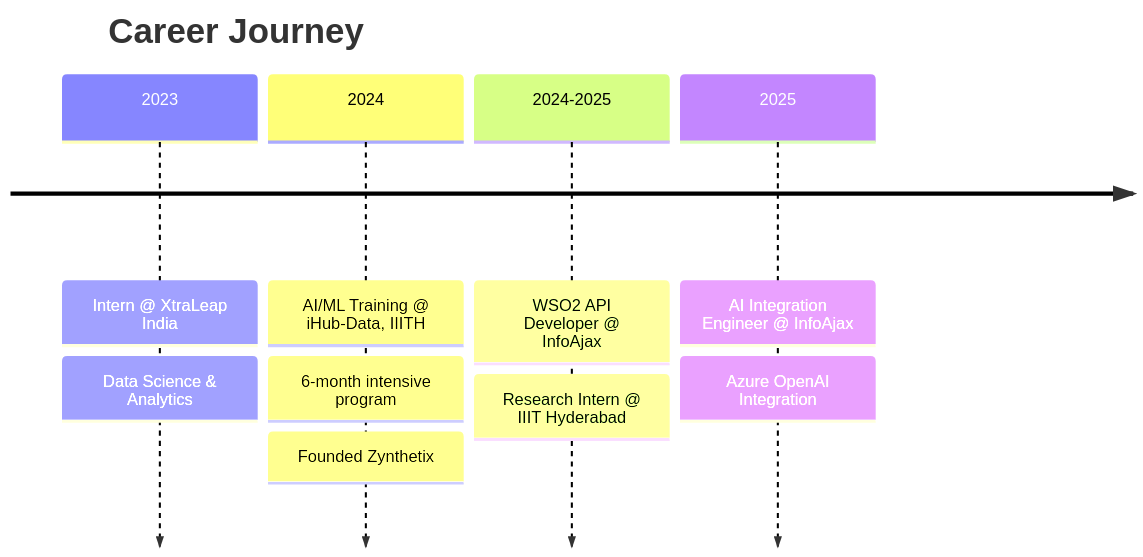
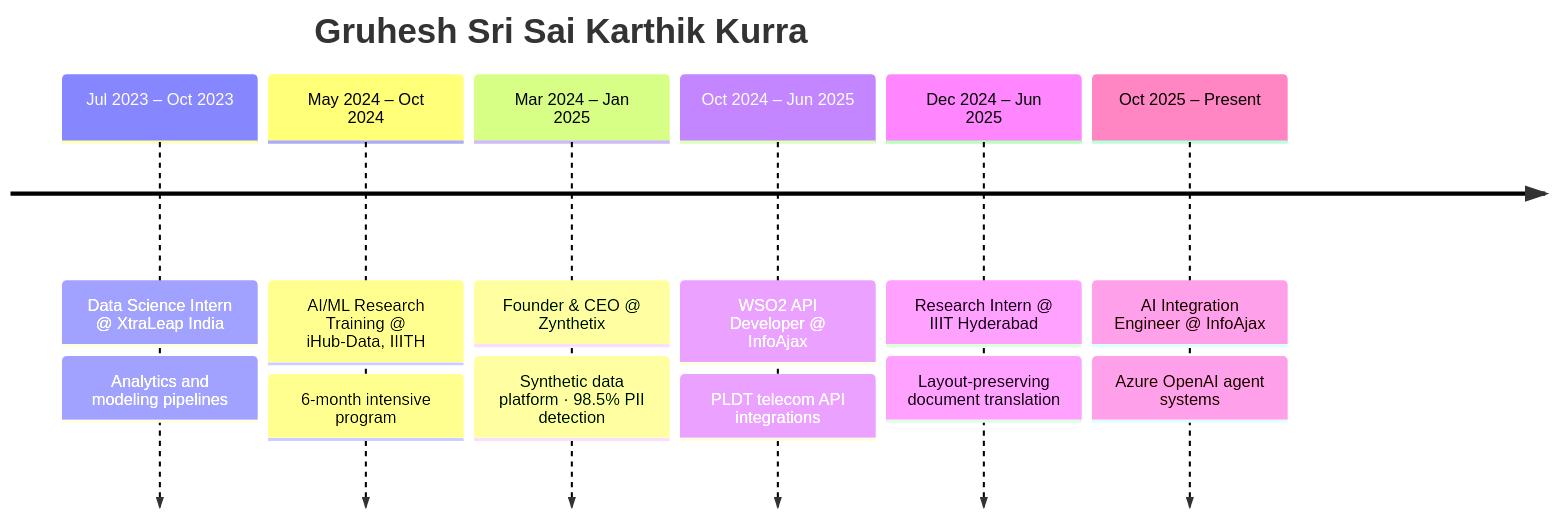
Before and after one commit to GruheshKurra/GruheshKurra: the diagram in README.md, drawn with Mermaid. The commit also changed other lines of this file, not shown here.

````diff
--- a/README.md
+++ b/README.md
@@ -304,13 +311,16 @@
 ```mermaid
 timeline
-    title Career Journey
-    2023 : Intern @ XtraLeap India
-         : Data Science & Analytics
-    2024 : AI/ML Training @ iHub-Data, IIITH
-         : 6-month intensive program
-         : Founded Zynthetix
-    2024-2025 : WSO2 API Developer @ InfoAjax
-              : Research Intern @ IIIT Hyderabad
-    2025 : AI Integration Engineer @ InfoAjax
-         : Azure OpenAI Integration
+    title Gruhesh Sri Sai Karthik Kurra
+    Jul 2023 – Oct 2023 : Data Science Intern @ XtraLeap India
+                        : Analytics and modeling pipelines
+    May 2024 – Oct 2024 : AI/ML Research Training @ iHub-Data, IIITH
+                        : 6-month intensive program
+    Mar 2024 – Jan 2025 : Founder & CEO @ Zynthetix
+                        : Synthetic data platform · 98.5% PII detection
+    Oct 2024 – Jun 2025 : WSO2 API Developer @ InfoAjax
+                        : PLDT telecom API integrations
+    Dec 2024 – Jun 2025 : Research Intern @ IIIT Hyderabad
+                        : Layout-preserving document translation
+    Oct 2025 – Present  : AI Integration Engineer @ InfoAjax
+                        : Azure OpenAI agent systems
 ```
````
